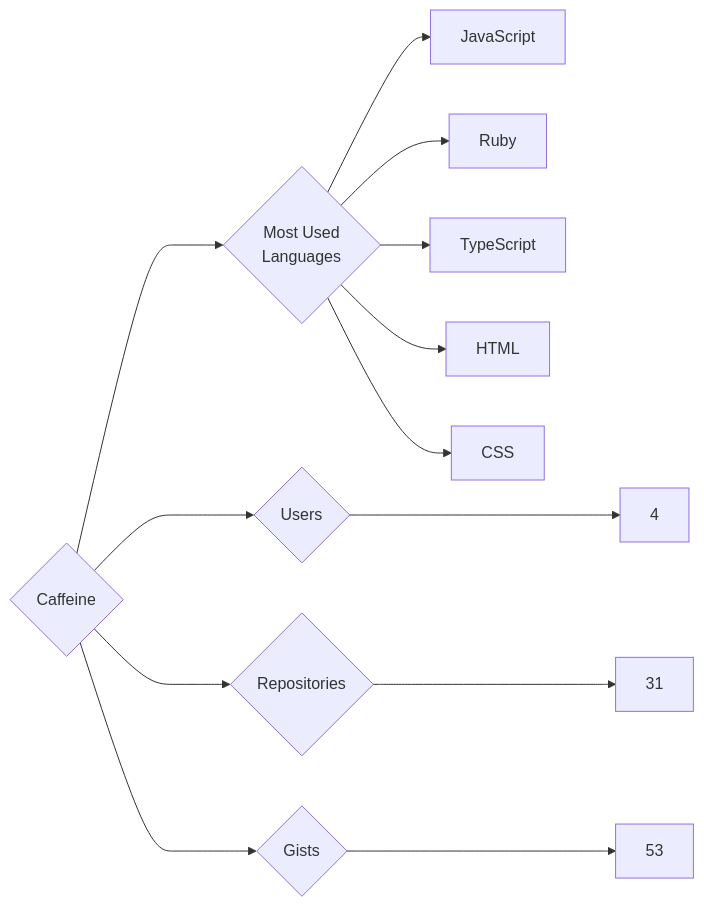
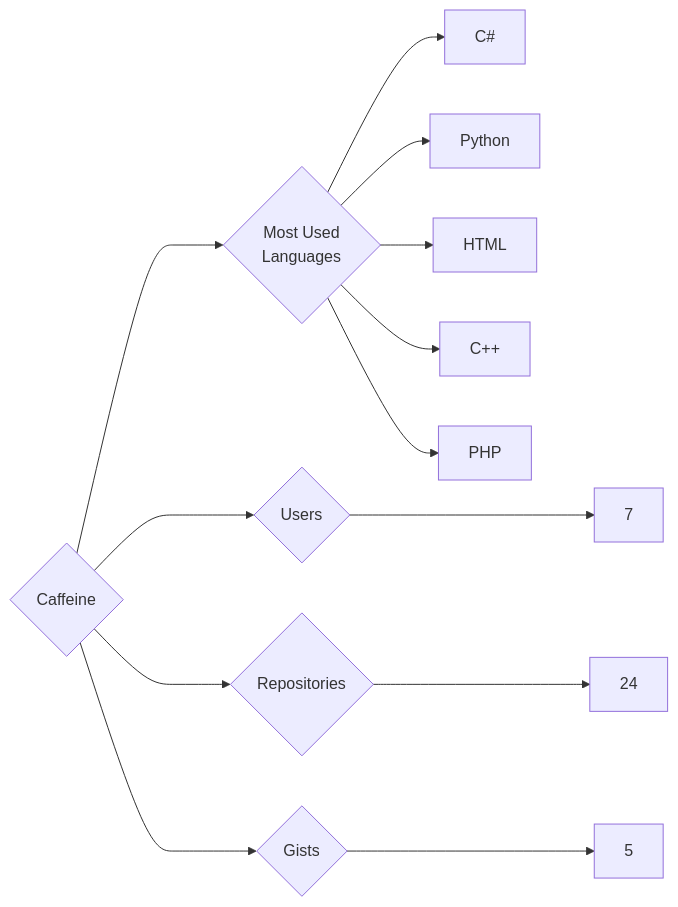
Before and after one commit to trickest/insiders: the diagram in targets/Caffeine/README.md, drawn with Mermaid. The commit also changed 1238 other files, not shown here.

````diff
--- a/targets/Caffeine/README.md
+++ b/targets/Caffeine/README.md
@@ -3,13 +3,13 @@
 ```mermaid
 graph LR
 COMPANY_NAME{Caffeine}
-COMPANY_NAME ---> U{Users} ---> UN[4]
-COMPANY_NAME ---> R{Repositories} ---> RN[31]
-COMPANY_NAME ---> G{Gists} ---> GN[53]
+COMPANY_NAME ---> U{Users} ---> UN[7]
+COMPANY_NAME ---> R{Repositories} ---> RN[24]
+COMPANY_NAME ---> G{Gists} ---> GN[5]
 COMPANY_NAME ---> ML{Most Used<br>Languages}
-ML --> JavaScript[JavaScript]
-ML --> Ruby[Ruby]
-ML --> TypeScript[TypeScript]
+ML --> C#[C#]
+ML --> Python[Python]
 ML --> HTML[HTML]
-ML --> CSS[CSS]
+ML --> C++[C++]
+ML --> PHP[PHP]
 ```
````
